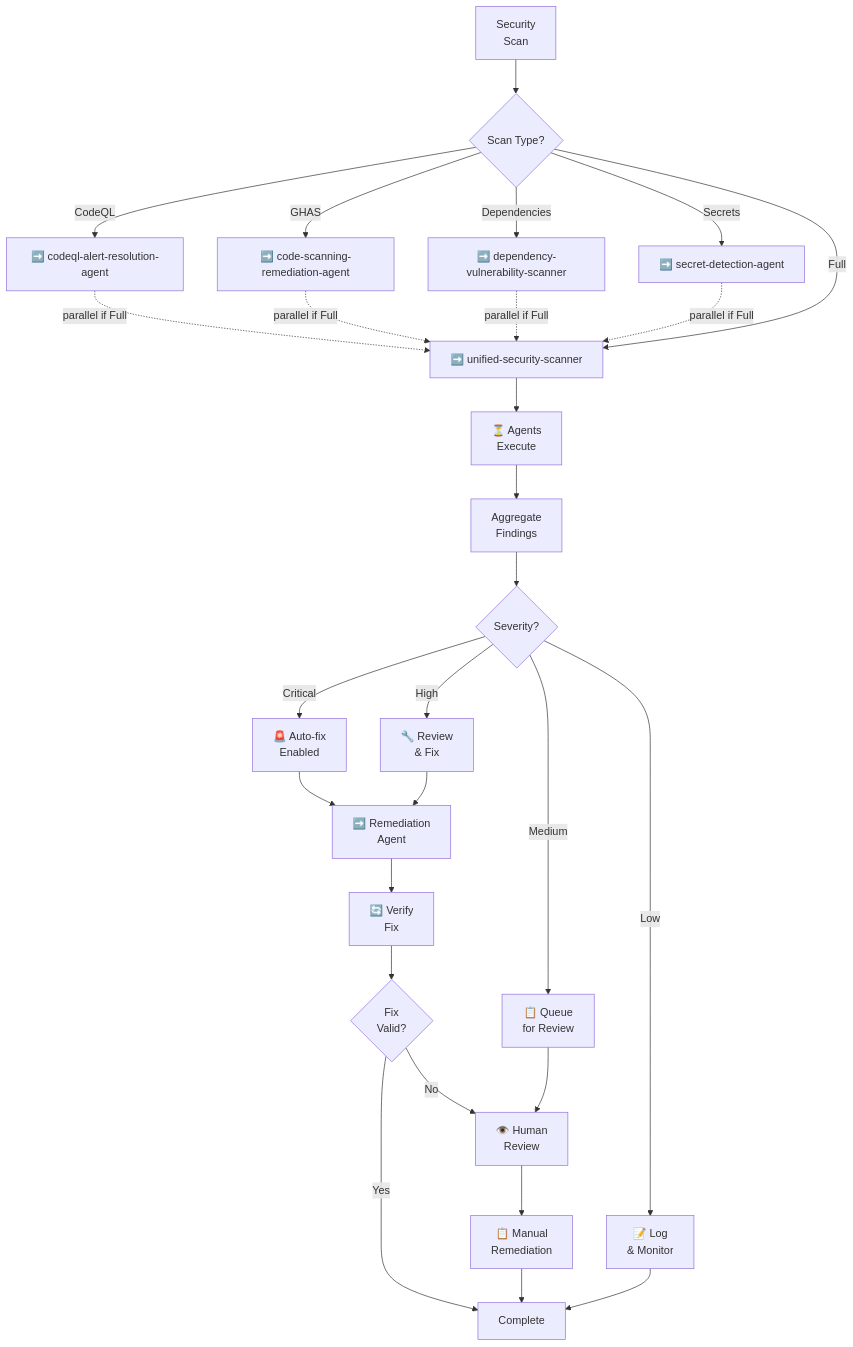
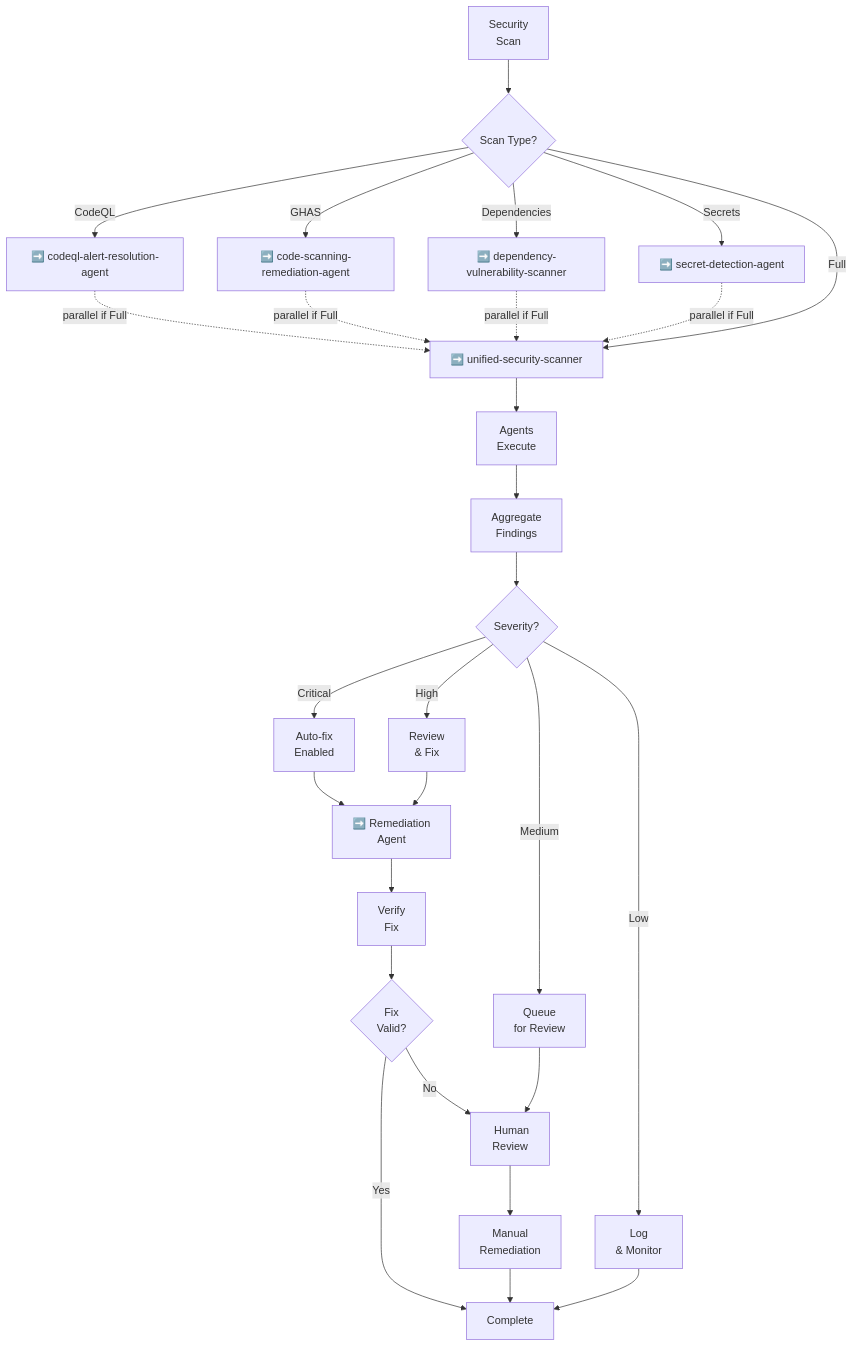
One commit to Aries-Serpent/_codex_ changed the sixth of 10 diagrams in docs/agent/CUSTOM_AGENT_COORDINATION_WORKFLOWS.md. Above: the diagram before and after it, drawn with Mermaid. The commit also changed other lines of this file and 1989 other files, not shown here.

````diff
--- a/docs/agent/CUSTOM_AGENT_COORDINATION_WORKFLOWS.md
+++ b/docs/agent/CUSTOM_AGENT_COORDINATION_WORKFLOWS.md
@@ -277,41 +277,41 @@
 ```mermaid
 graph TD
     A[" Security<br/>Scan"] --> B{Scan Type?}
 
     B -->|CodeQL| B1["➡️ codeql-alert-resolution-agent"]
     B -->|GHAS| B2["➡️ code-scanning-remediation-agent"]
     B -->|Dependencies| B3["➡️ dependency-vulnerability-scanner"]
     B -->|Secrets| B4["➡️ secret-detection-agent"]
     B -->|Full| B5["➡️ unified-security-scanner"]
 
     B1 -.->|parallel if Full| B5
     B2 -.->|parallel if Full| B5
     B3 -.->|parallel if Full| B5
     B4 -.->|parallel if Full| B5
 
-    B5 --> C["⏳ Agents<br/>Execute"]
+    B5 --> C[" Agents<br/>Execute"]
 
     C --> D[" Aggregate<br/>Findings"]
 
     D --> E{Severity?}
 
-    E -->|Critical| E1["🚨 Auto-fix<br/>Enabled"]
-    E -->|High| E2["🔧 Review<br/>& Fix"]
-    E -->|Medium| E3["📋 Queue<br/>for Review"]
-    E -->|Low| E4["📝 Log<br/>& Monitor"]
+    E -->|Critical| E1[" Auto-fix<br/>Enabled"]
+    E -->|High| E2[" Review<br/>& Fix"]
+    E -->|Medium| E3[" Queue<br/>for Review"]
+    E -->|Low| E4[" Log<br/>& Monitor"]
 
     E1 --> F["➡️ Remediation<br/>Agent"]
     E2 --> F
-    E3 --> G["👁️ Human<br/>Review"]
+    E3 --> G["️ Human<br/>Review"]
     E4 --> H[" Complete"]
 
-    F --> I["🔄 Verify<br/>Fix"]
+    F --> I[" Verify<br/>Fix"]
 
     I --> J{Fix<br/>Valid?}
 
     J -->|Yes| H
     J -->|No| G
 
-    G --> K["📋 Manual<br/>Remediation"]
+    G --> K[" Manual<br/>Remediation"]
     K --> H
 ```
````
